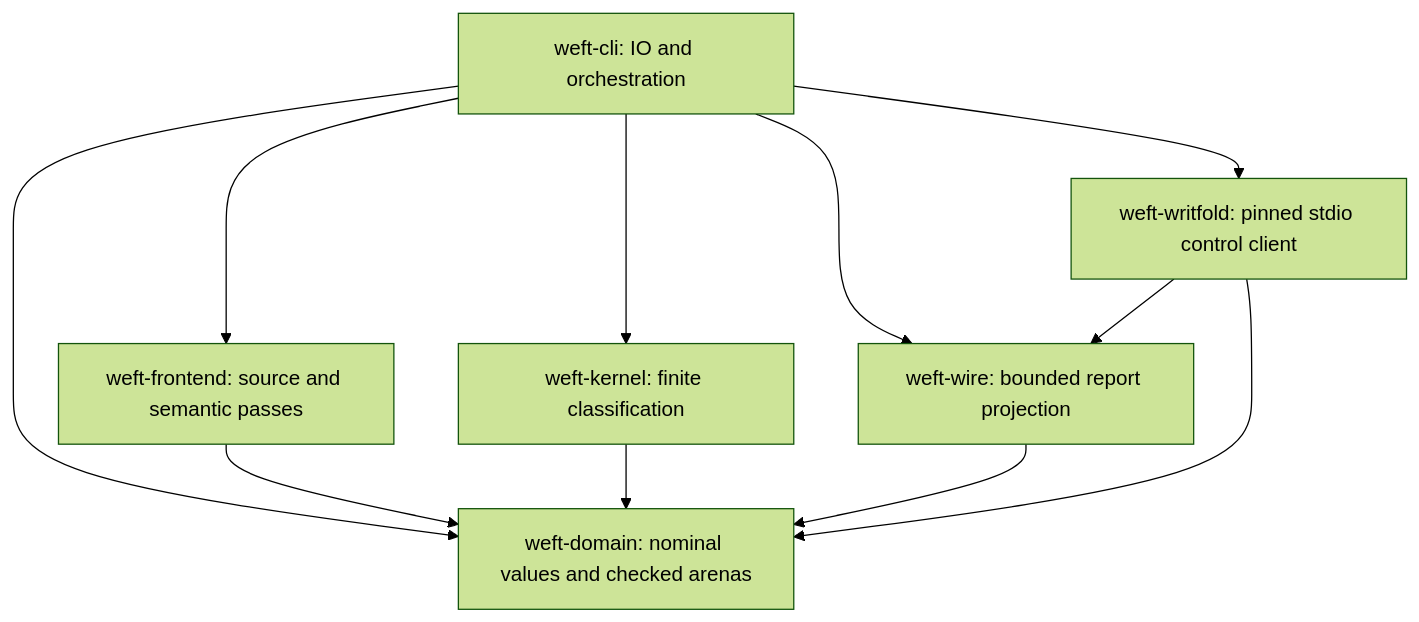
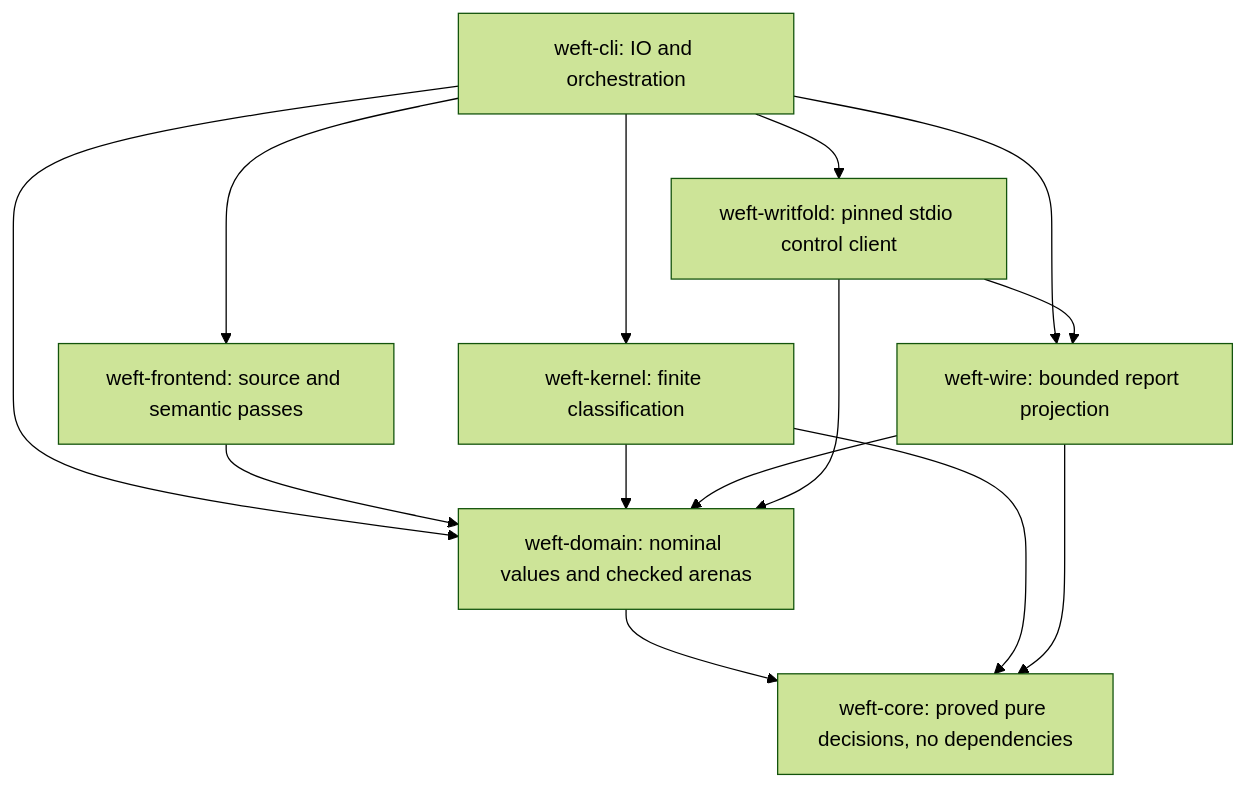
The diagram in docs/rust-implementation.md (writfold-dev/weft), drawn with Mermaid (forest theme) before and after one commit. The commit also changed other lines of this file and 6 other files, not shown here.

First line of the commit message:
Document what is proved over the shipped kernel

````diff
--- a/docs/rust-implementation.md
+++ b/docs/rust-implementation.md
@@ -29,13 +38,16 @@
 ```mermaid
 flowchart TD
   CLI[weft-cli: IO and orchestration] --> FRONT[weft-frontend: source and semantic passes]
   CLI --> KERNEL[weft-kernel: finite classification]
   CLI --> WIRE[weft-wire: bounded report projection]
   CLI --> WRITFOLD[weft-writfold: pinned stdio control client]
   CLI --> DOMAIN[weft-domain: nominal values and checked arenas]
   FRONT --> DOMAIN
   KERNEL --> DOMAIN
   WIRE --> DOMAIN
   WRITFOLD --> WIRE
   WRITFOLD --> DOMAIN
+  DOMAIN --> CORE[weft-core: proved pure decisions, no dependencies]
+  KERNEL --> CORE
+  WIRE --> CORE
 ```
````
